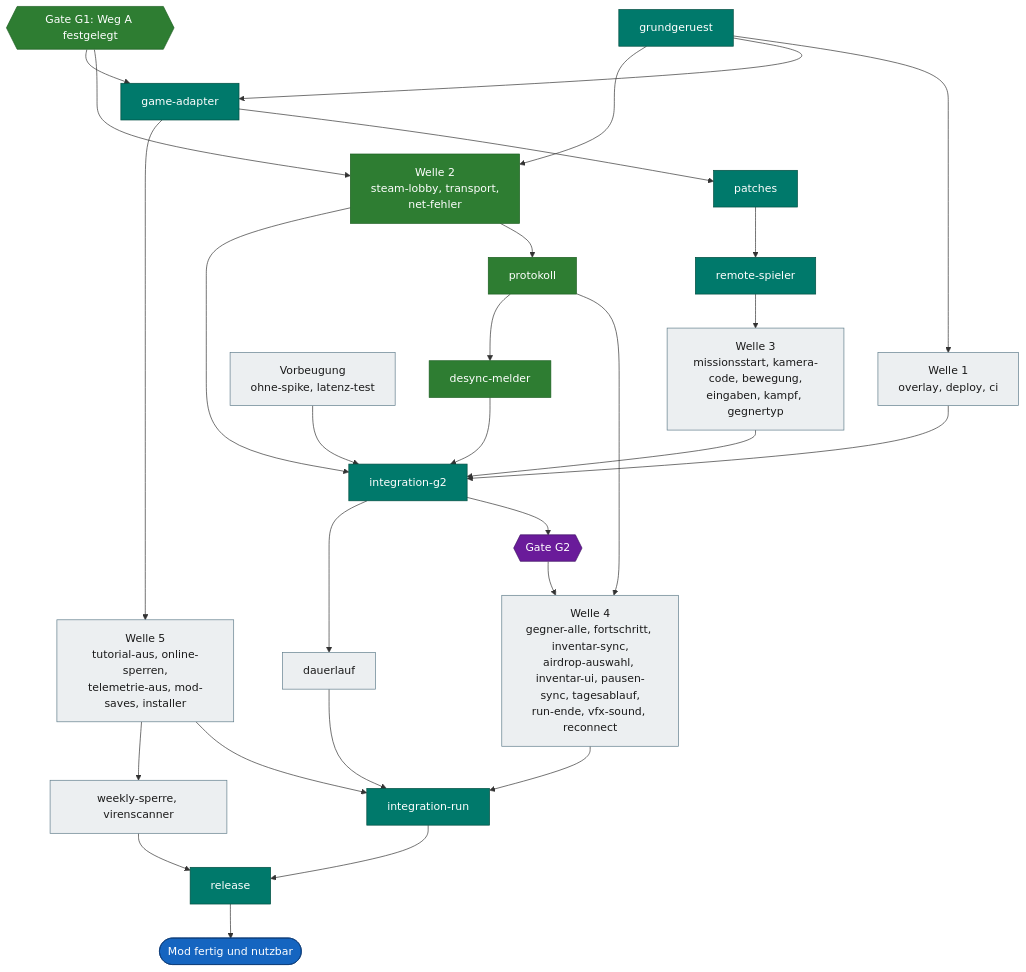
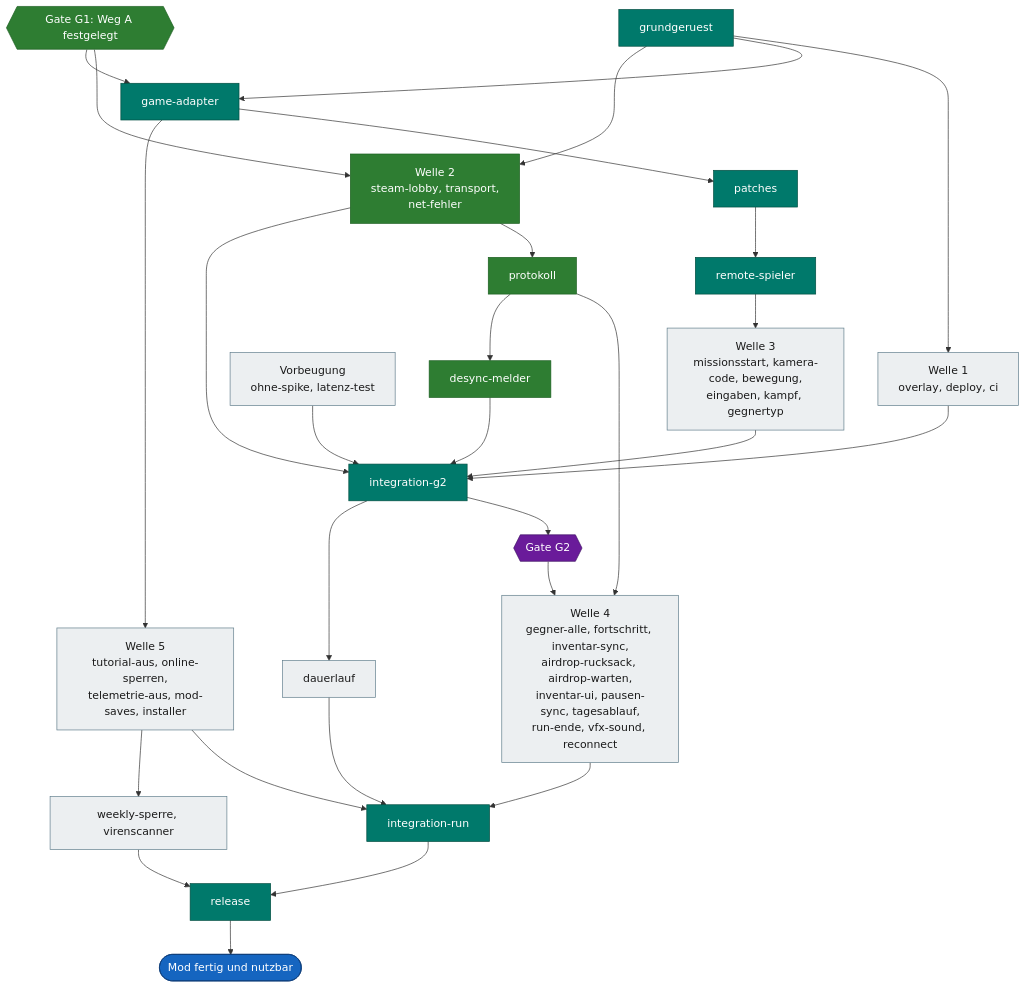
The fourth of 4 diagrams in docs/ROADMAP.md (VitaminStack/Deadly-Days-Roadtrip-Multiplayer-Mod), drawn with Mermaid before and after one commit. The commit also changed other lines of this file and 23 other files, not shown here.

First line of the commit message:
airdrop-auswahl: Auswahl im normalen Panel für Host und Client, Rest als airdrop-warten und airdrop-rucksack (#103)

````diff
--- a/docs/ROADMAP.md
+++ b/docs/ROADMAP.md
@@ -256,32 +257,32 @@
 ```mermaid
 flowchart TD
     GR["grundgeruest"]:::central --> W1["Welle 1<br/>overlay, deploy, ci"]:::open
     GR --> GA["game-adapter"]:::central
     G1{{"Gate G1: Weg A festgelegt"}}:::done --> W2["Welle 2<br/>steam-lobby, transport,<br/>net-fehler"]:::done
     GR --> W2
     G1 --> GA
     GA --> PT["patches"]:::central --> RS["remote-spieler"]:::central
     GA --> W5["Welle 5<br/>tutorial-aus, online-sperren,<br/>telemetrie-aus, mod-saves, installer"]:::open
     RS --> W3["Welle 3<br/>missionsstart, kamera-code, bewegung,<br/>eingaben, kampf, gegnertyp"]:::open
     W1 --> IG["integration-g2"]:::central
     W2 --> PR["protokoll"]:::done
     W2 --> IG
     W3 --> IG
     IG --> G2{{"Gate G2"}}:::gate
-    PR --> W4["Welle 4<br/>gegner-alle, fortschritt, inventar-sync,<br/>airdrop-auswahl, inventar-ui, pausen-sync, tagesablauf,<br/>run-ende, vfx-sound, reconnect"]:::open
+    PR --> W4["Welle 4<br/>gegner-alle, fortschritt, inventar-sync,<br/>airdrop-rucksack, airdrop-warten,<br/>inventar-ui, pausen-sync, tagesablauf,<br/>run-ende, vfx-sound, reconnect"]:::open
     G2 --> W4
     W4 --> IR["integration-run"]:::central
     W5 --> IR
     RV["Vorbeugung<br/>ohne-spike, latenz-test"]:::open --> IG
     PR --> DS["desync-melder"]:::done --> IG
     IG --> DL["dauerlauf"]:::open --> IR
     W5 --> W6["weekly-sperre, virenscanner"]:::open --> RL
     IR --> RL["release"]:::central
     RL --> Z(["Mod fertig und nutzbar"]):::goal
 
     classDef done fill:#2e7d32,stroke:#1b5e20,color:#ffffff
     classDef central fill:#00796b,stroke:#004d40,color:#ffffff
     classDef open fill:#eceff1,stroke:#607d8b,color:#1a1a1a
     classDef gate fill:#6a1b9a,stroke:#3e1163,color:#ffffff
     classDef goal fill:#1565c0,stroke:#0d3c78,color:#ffffff
 ```
````
